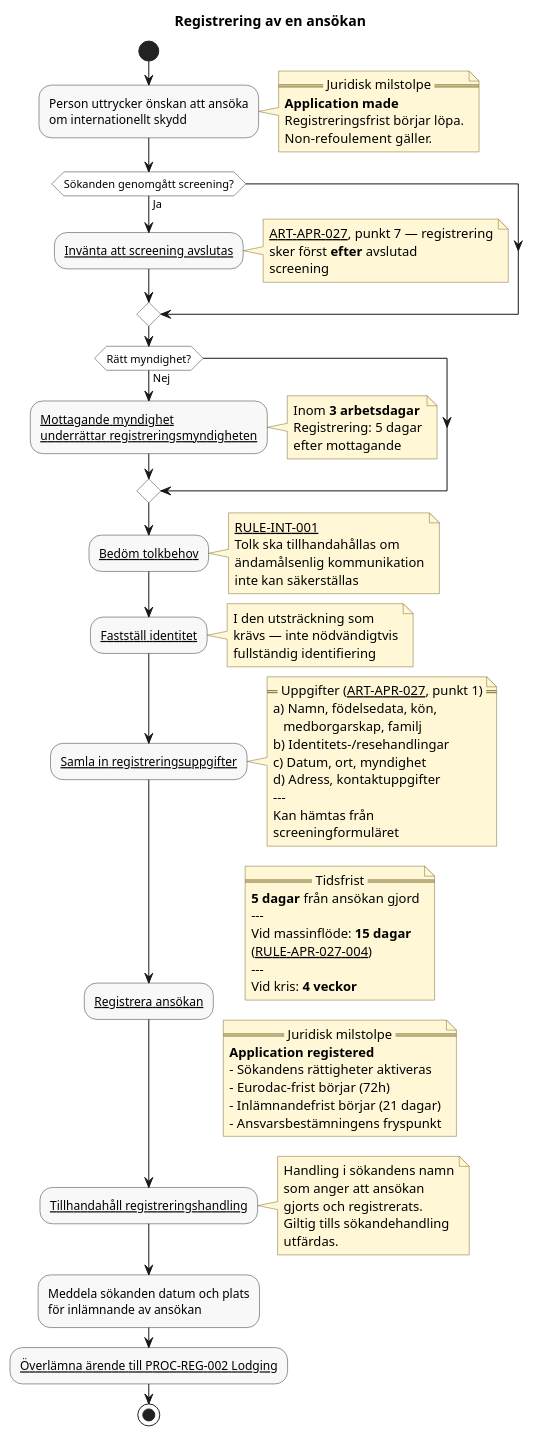
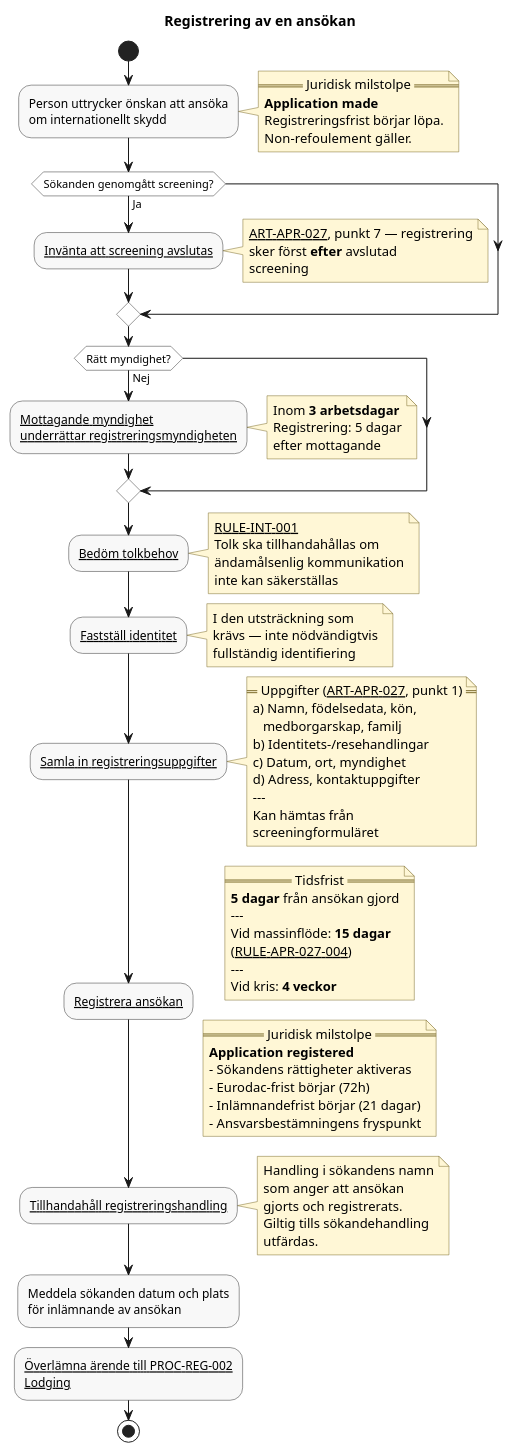
The diagram in docs/domains/registration/diagrams/registration-of-an-application.pu (chrhe894/migration_pact), drawn with PlantUML before and after one commit. The commit also changed 21 other files, not shown here.

Commit message:
Fixes long activities in pu-diagram.

```diff
--- a/docs/domains/registration/diagrams/registration-of-an-application.pu
+++ b/docs/domains/registration/diagrams/registration-of-an-application.pu
@@ -15,117 +15,117 @@
 @startuml registration-of-an-application
 
 title Registrering av en ansökan
 
 skinparam shadowing false
 skinparam HyperlinkColor Black
 skinparam HyperlinkUnderline true
 skinparam defaultFontName Arial
 skinparam activity {
   BackgroundColor #F8F8F8
   BorderColor #333333
   DiamondBackgroundColor #FFFFFF
   DiamondBorderColor #333333
 }
 skinparam note {
   BackgroundColor #FFF7D6
   BorderColor #7A6A2A
 }
 
 start
 
 :Person uttrycker önskan att ansöka
 om internationellt skydd;
 
 note right
   == Juridisk milstolpe ==
   **Application made**
   Registreringsfrist börjar löpa.
   Non-refoulement gäller.
 end note
 
 if (Sökanden genomgått screening?) then (Ja)
 
     :[[../rules/rule-apr-027-005.md Invänta att screening avslutas]];
     note right
       [[../articles/apr-027.md ART-APR-027]], punkt 7 — registrering
       sker först **efter** avslutad
       screening
     end note
 
 endif
 
 if (Rätt myndighet?) then (Nej)
 
     :[[../rules/rule-apr-027-003.md Mottagande myndighet\nunderrättar registreringsmyndigheten]];
     note right
       Inom **3 arbetsdagar**
       Registrering: 5 dagar
       efter mottagande
     end note
 
 endif
 
 :[[../../../shared/interpreters/activities/determine-interpreter-needs.md Bedöm tolkbehov]];
 note right
   [[../../../shared/interpreters/rules/rule-int-001.md RULE-INT-001]]
   Tolk ska tillhandahållas om
   ändamålsenlig kommunikation
   inte kan säkerställas
 end note
 
 :[[../../../shared/identity/activities/verify-identity.md Fastställ identitet]];
 note right
   I den utsträckning som
   krävs — inte nödvändigtvis
   fullständig identifiering
 end note
 
 :[[../rules/rule-apr-027-002.md Samla in registreringsuppgifter]];
 note right
   == Uppgifter ([[../articles/apr-027.md ART-APR-027]], punkt 1) ==
   a) Namn, födelsedata, kön,
      medborgarskap, familj
   b) Identitets-/resehandlingar
   c) Datum, ort, myndighet
   d) Adress, kontaktuppgifter
   ---
   Kan hämtas från
   screeningformuläret
 end note
 
 :[[../rules/rule-apr-027-001.md Registrera ansökan]];
 note right
   == Tidsfrist ==
   **5 dagar** från ansökan gjord
   ---
   Vid massinflöde: **15 dagar**
   ([[../rules/rule-apr-027-004.md RULE-APR-027-004]])
   ---
   Vid kris: **4 veckor**
 end note
 
 note right
   == Juridisk milstolpe ==
   **Application registered**
   - Sökandens rättigheter aktiveras
   - Eurodac-frist börjar (72h)
   - Inlämnandefrist börjar (21 dagar)
   - Ansvarsbestämningens fryspunkt
 end note
 
 :[[../rules/rule-apr-029-001.md Tillhandahåll registreringshandling]];
 note right
   Handling i sökandens namn
   som anger att ansökan
   gjorts och registrerats.
   Giltig tills sökandehandling
   utfärdas.
 end note
 
 :Meddela sökanden datum och plats
 för inlämnande av ansökan;
 
-:[[../processes/lodging-an-application.md Överlämna ärende till PROC-REG-002 Lodging]];
+:[[../processes/lodging-an-application.md Överlämna ärende till PROC-REG-002\nLodging]];
 
 stop
 @enduml
```
